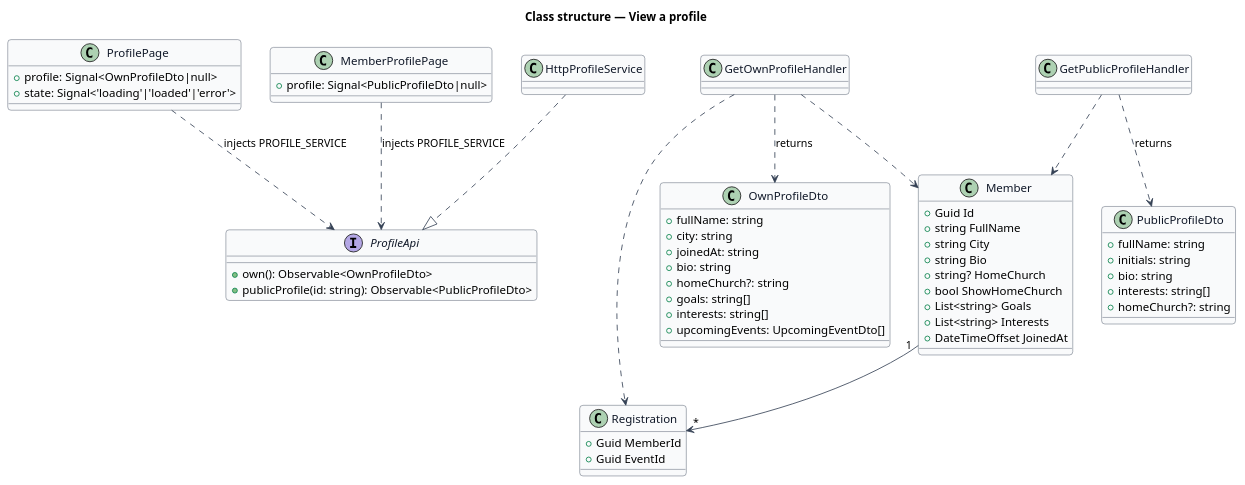
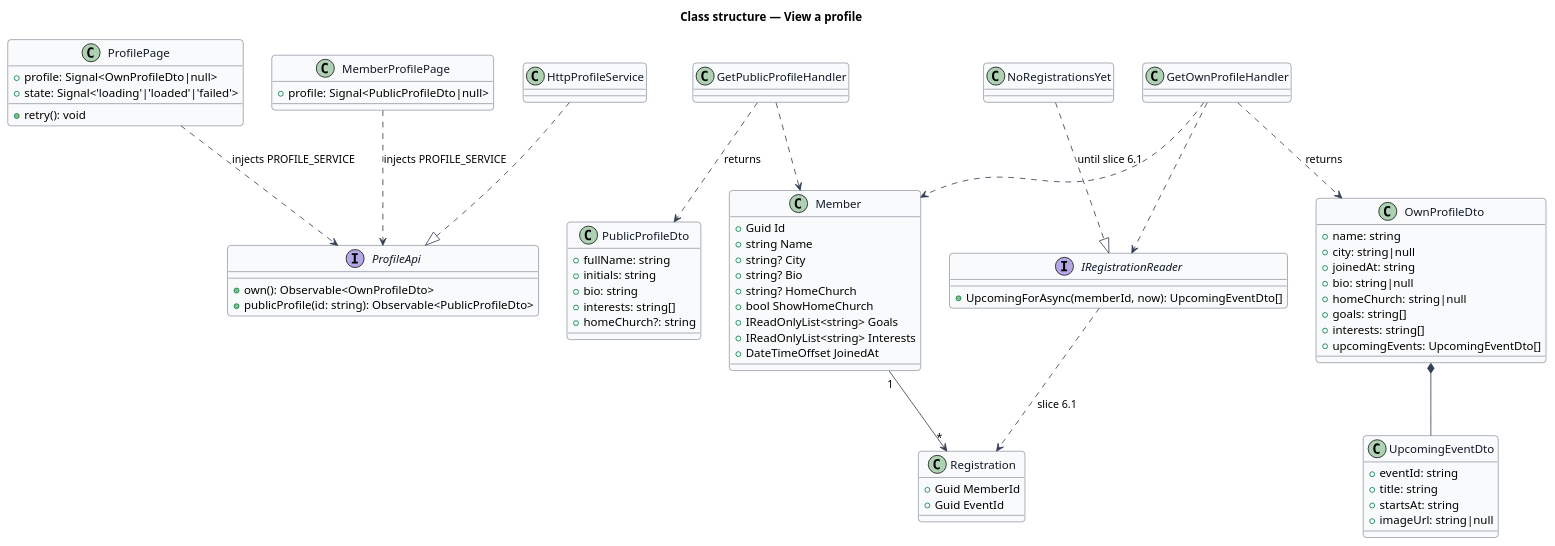
One commit to QuinntyneBrown/christian-fitness changed the diagram in docs/detailed-designs/member-profile/view-profile/diagrams/class-structure.puml. Above: the diagram before and after it, drawn with PlantUML. The commit also changed 18 other files, not shown here.

First line of the commit message:
Align the profile design and mocks with slice 18.1

```diff
--- a/docs/detailed-designs/member-profile/view-profile/diagrams/class-structure.puml
+++ b/docs/detailed-designs/member-profile/view-profile/diagrams/class-structure.puml
@@ -1,68 +1,82 @@
 @startuml
 skinparam backgroundColor #FFFFFF
 skinparam shadowing false
 skinparam roundcorner 8
 skinparam defaultFontName Arial
 skinparam ArrowColor #344054
 skinparam class {
   BorderColor #344054
   FontColor #101828
   BackgroundColor #F9FAFB
 }
 title Class structure — View a profile
 class ProfilePage {
   +profile: Signal<OwnProfileDto|null>
-  +state: Signal<'loading'|'loaded'|'error'>
+  +state: Signal<'loading'|'loaded'|'failed'>
+  +retry(): void
 }
 class MemberProfilePage {
   +profile: Signal<PublicProfileDto|null>
 }
 interface ProfileApi {
   +own(): Observable<OwnProfileDto>
   +publicProfile(id: string): Observable<PublicProfileDto>
 }
 class HttpProfileService
 class OwnProfileDto {
-  +fullName: string
-  +city: string
+  +name: string
+  +city: string|null
   +joinedAt: string
-  +bio: string
-  +homeChurch?: string
+  +bio: string|null
+  +homeChurch: string|null
   +goals: string[]
   +interests: string[]
   +upcomingEvents: UpcomingEventDto[]
+}
+class UpcomingEventDto {
+  +eventId: string
+  +title: string
+  +startsAt: string
+  +imageUrl: string|null
 }
 class PublicProfileDto {
   +fullName: string
   +initials: string
   +bio: string
   +interests: string[]
   +homeChurch?: string
 }
 class GetOwnProfileHandler
 class GetPublicProfileHandler
+interface IRegistrationReader {
+  +UpcomingForAsync(memberId, now): UpcomingEventDto[]
+}
+class NoRegistrationsYet
 class Member {
   +Guid Id
-  +string FullName
-  +string City
-  +string Bio
+  +string Name
+  +string? City
+  +string? Bio
   +string? HomeChurch
   +bool ShowHomeChurch
-  +List<string> Goals
-  +List<string> Interests
+  +IReadOnlyList<string> Goals
+  +IReadOnlyList<string> Interests
   +DateTimeOffset JoinedAt
 }
 class Registration {
   +Guid MemberId
   +Guid EventId
 }
 HttpProfileService ..|> ProfileApi
 ProfilePage ..> ProfileApi : injects PROFILE_SERVICE
 MemberProfilePage ..> ProfileApi : injects PROFILE_SERVICE
+OwnProfileDto *-- UpcomingEventDto
 GetOwnProfileHandler ..> Member
-GetOwnProfileHandler ..> Registration
+GetOwnProfileHandler ..> IRegistrationReader
+NoRegistrationsYet ..|> IRegistrationReader : until slice 6.1
+IRegistrationReader ..> Registration : slice 6.1
 GetOwnProfileHandler ..> OwnProfileDto : returns
 GetPublicProfileHandler ..> Member
 GetPublicProfileHandler ..> PublicProfileDto : returns
 Member "1" --> "*" Registration
 @enduml
```
